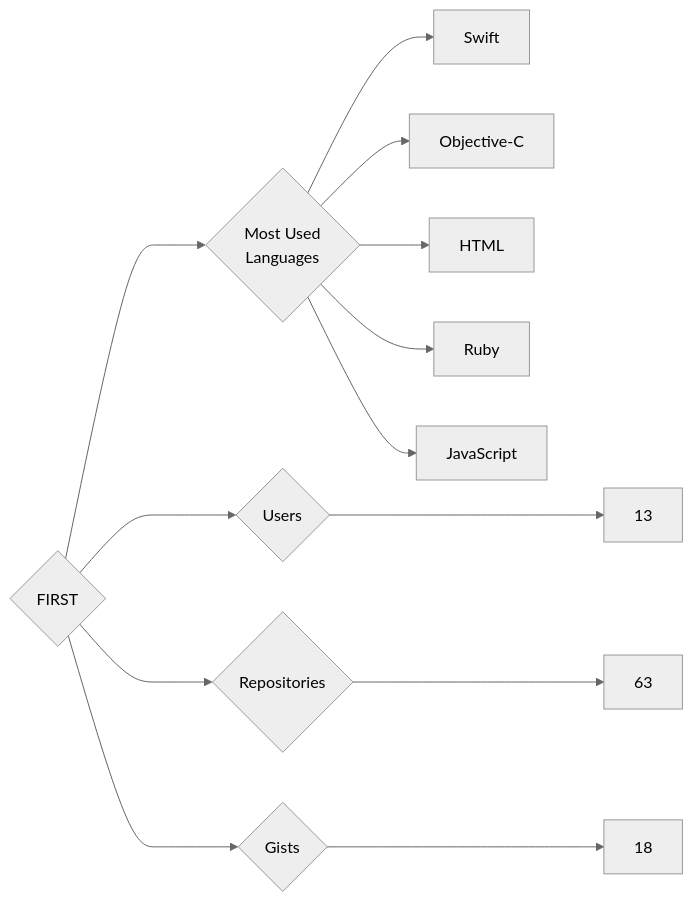
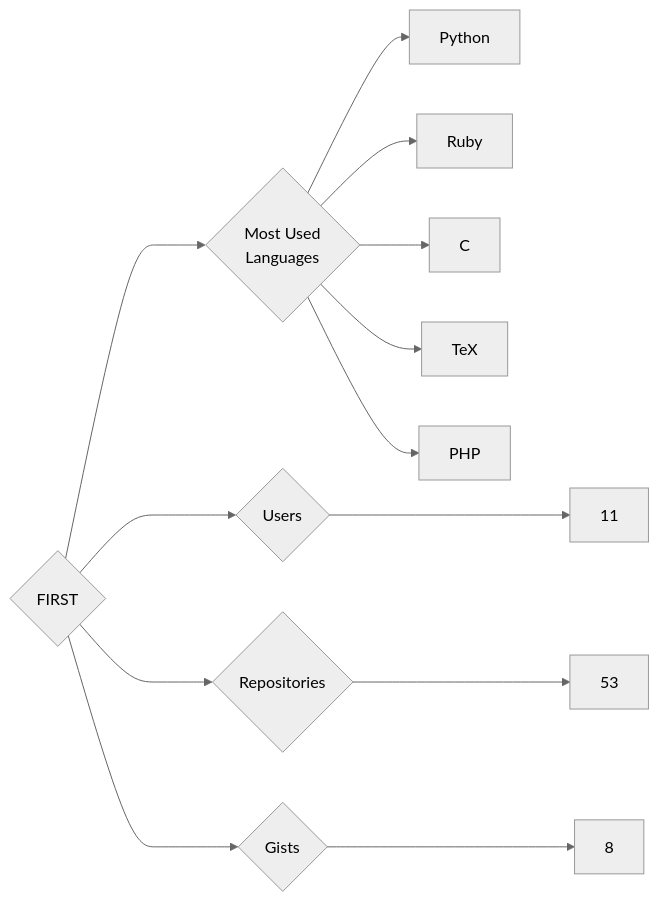
The diagram in targets/FIRST/README.md (trickest/insiders), drawn with Mermaid (neutral theme) before and after one commit. The commit also changed 984 other files, not shown here.

````diff
--- a/targets/FIRST/README.md
+++ b/targets/FIRST/README.md
@@ -3,13 +3,13 @@
 ```mermaid
 graph LR
 COMPANY_NAME{FIRST}
-COMPANY_NAME ---> U{Users} ---> UN[13]
-COMPANY_NAME ---> R{Repositories} ---> RN[63]
-COMPANY_NAME ---> G{Gists} ---> GN[18]
+COMPANY_NAME ---> U{Users} ---> UN[11]
+COMPANY_NAME ---> R{Repositories} ---> RN[53]
+COMPANY_NAME ---> G{Gists} ---> GN[8]
 COMPANY_NAME ---> ML{Most Used<br>Languages}
-ML --> Swift[Swift]
-ML --> Objective-C[Objective-C]
-ML --> HTML[HTML]
+ML --> Python[Python]
 ML --> Ruby[Ruby]
-ML --> JavaScript[JavaScript]
+ML --> C[C]
+ML --> TeX[TeX]
+ML --> PHP[PHP]
 ```
````
